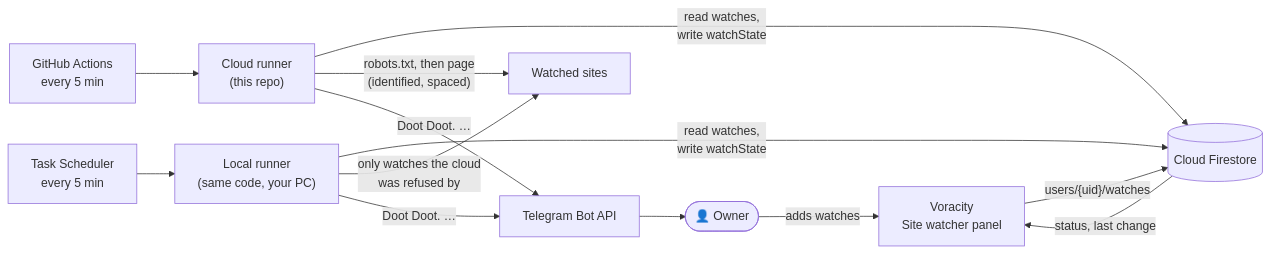
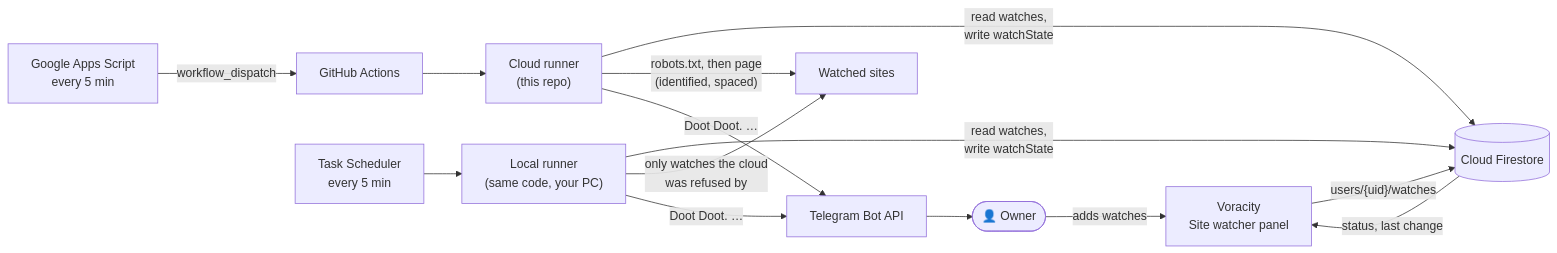
One commit to kevanwee/voracity-watcher changed the diagram in README.md. Above: the diagram before and after it, drawn with Mermaid. The commit also changed other lines of this file, not shown here.

````diff
--- a/README.md
+++ b/README.md
@@ -27,12 +27,13 @@
 ```mermaid
 flowchart LR
     owner(["👤 Owner"]) -->|adds watches| voracity["Voracity<br/>Site watcher panel"]
     voracity -->|"users/{uid}/watches"| fs[("Cloud Firestore")]
-    cron["GitHub Actions<br/>every 5 min"] --> runner["Cloud runner<br/>(this repo)"]
+    wake["Google Apps Script<br/>every 5 min"] -->|"workflow_dispatch"| cron["GitHub Actions"]
+    cron --> runner["Cloud runner<br/>(this repo)"]
     task["Task Scheduler<br/>every 5 min"] --> local["Local runner<br/>(same code, your PC)"]
     runner & local -->|"read watches,<br/>write watchState"| fs
     runner -->|"robots.txt, then page<br/>(identified, spaced)"| sites["Watched sites"]
     local -->|"only watches the cloud<br/>was refused by"| sites
     runner & local -->|"Doot Doot. …"| tg["Telegram Bot API"] --> owner
     fs -->|status, last change| voracity
 ```
````
